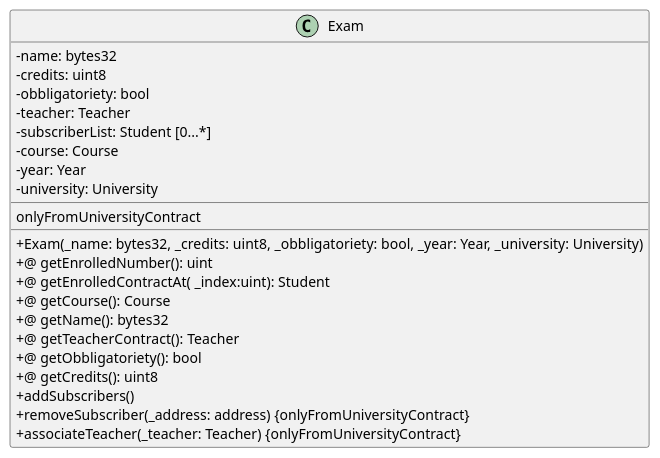
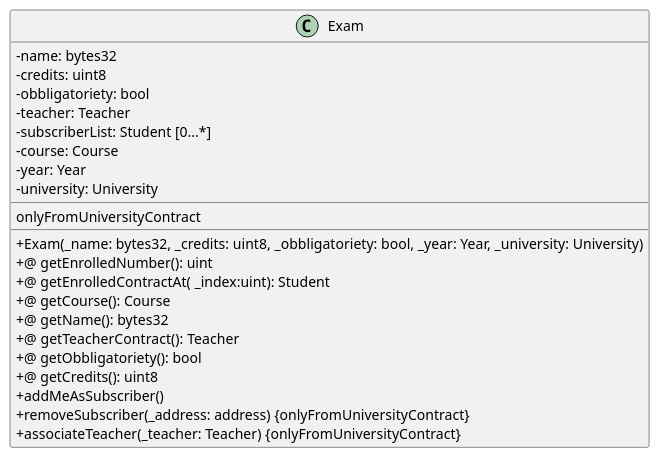
One commit to M9k/Marvin-Uml changed the diagram in Solidity/Contracts/Exam.iuml. Above: the diagram before and after it, drawn with PlantUML.

Commit message:
Cambiato nome metodo

```diff
--- a/Solidity/Contracts/Exam.iuml
+++ b/Solidity/Contracts/Exam.iuml
@@ -1,27 +1,27 @@
 @startuml
 skinparam classAttributeIconSize 0
 class Exam{
 - name: bytes32
 - credits: uint8
 - obbligatoriety: bool
 - teacher: Teacher
 - subscriberList: Student [0...*]
 - course: Course
 - year: Year
 - university: University
 __
 onlyFromUniversityContract
 __
 + Exam(_name: bytes32, _credits: uint8, _obbligatoriety: bool, _year: Year, _university: University)
 +@ getEnrolledNumber(): uint
 +@ getEnrolledContractAt( _index:uint): Student
 +@ getCourse(): Course
 +@ getName(): bytes32
 +@ getTeacherContract(): Teacher
 +@ getObbligatoriety(): bool
 +@ getCredits(): uint8
-+ addSubscribers()
++ addMeAsSubscriber()
 + removeSubscriber(_address: address) {onlyFromUniversityContract}
 + associateTeacher(_teacher: Teacher) {onlyFromUniversityContract}
 }
 @enduml
```
